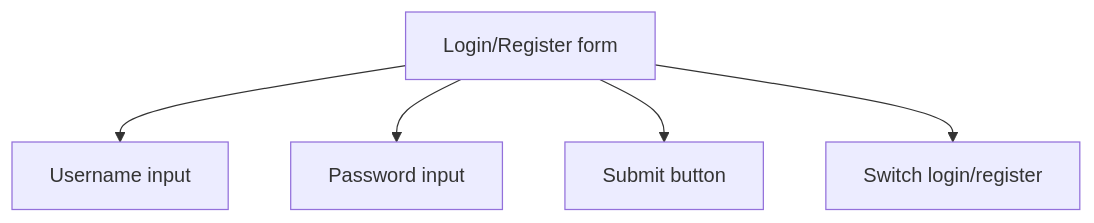
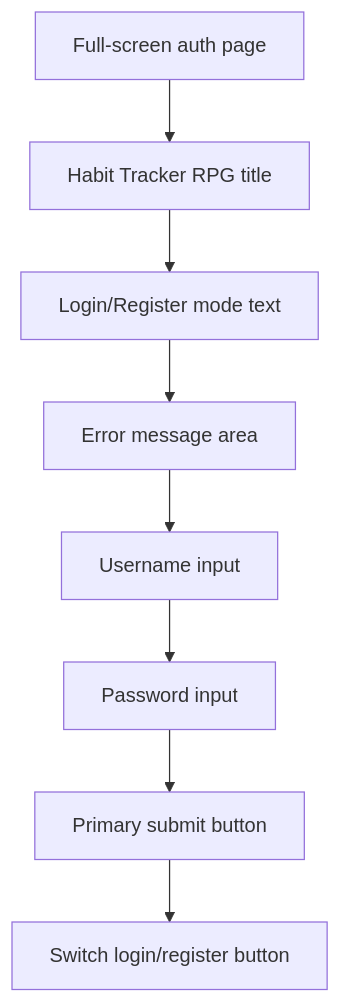
Before and after one commit to Promatheusz/habit-tracker: the first of 5 diagrams in docs/diagrams/gui-wireframes.md, drawn with Mermaid. The commit also changed other lines of this file and 29 other files, not shown here.

````diff
--- a/docs/diagrams/gui-wireframes.md
+++ b/docs/diagrams/gui-wireframes.md
@@ -5,13 +9,19 @@
 ```mermaid
 flowchart TB
-    form["Login/Register form"]
+    page["Full-screen auth page"]
+    title["Habit Tracker RPG title"]
+    mode["Login/Register mode text"]
     username["Username input"]
     password["Password input"]
-    submit["Submit button"]
-    switchMode["Switch login/register"]
+    submit["Primary submit button"]
+    switchMode["Switch login/register button"]
+    error["Error message area"]
 
-    form --> username
-    form --> password
-    form --> submit
-    form --> switchMode
+    page --> title
+    title --> mode
+    mode --> error
+    error --> username
+    username --> password
+    password --> submit
+    submit --> switchMode
 ```
````
